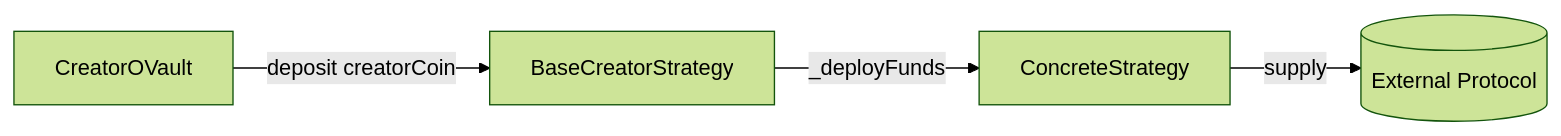
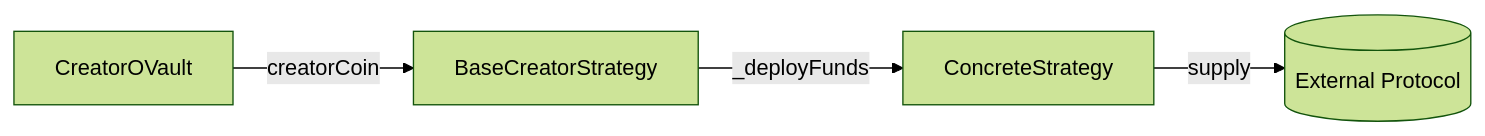
One commit to 4626fun/4626 changed the first of 2 diagrams in docs/contracts/strategies/base-creator-strategy.md. Above: the diagram before and after it, drawn with Mermaid (forest theme). The commit also changed other lines of this file and 11 other files, not shown here.

````diff
--- a/docs/contracts/strategies/base-creator-strategy.md
+++ b/docs/contracts/strategies/base-creator-strategy.md
@@ -94,6 +61,6 @@
 ```mermaid
 flowchart LR
-    Vault[CreatorOVault] -->|deposit creatorCoin| Base[BaseCreatorStrategy]
+    Vault[CreatorOVault] -->|creatorCoin| Base[BaseCreatorStrategy]
     Base -->|_deployFunds| Concrete[ConcreteStrategy]
     Concrete -->|supply| External[(External Protocol)]
 ```
````
